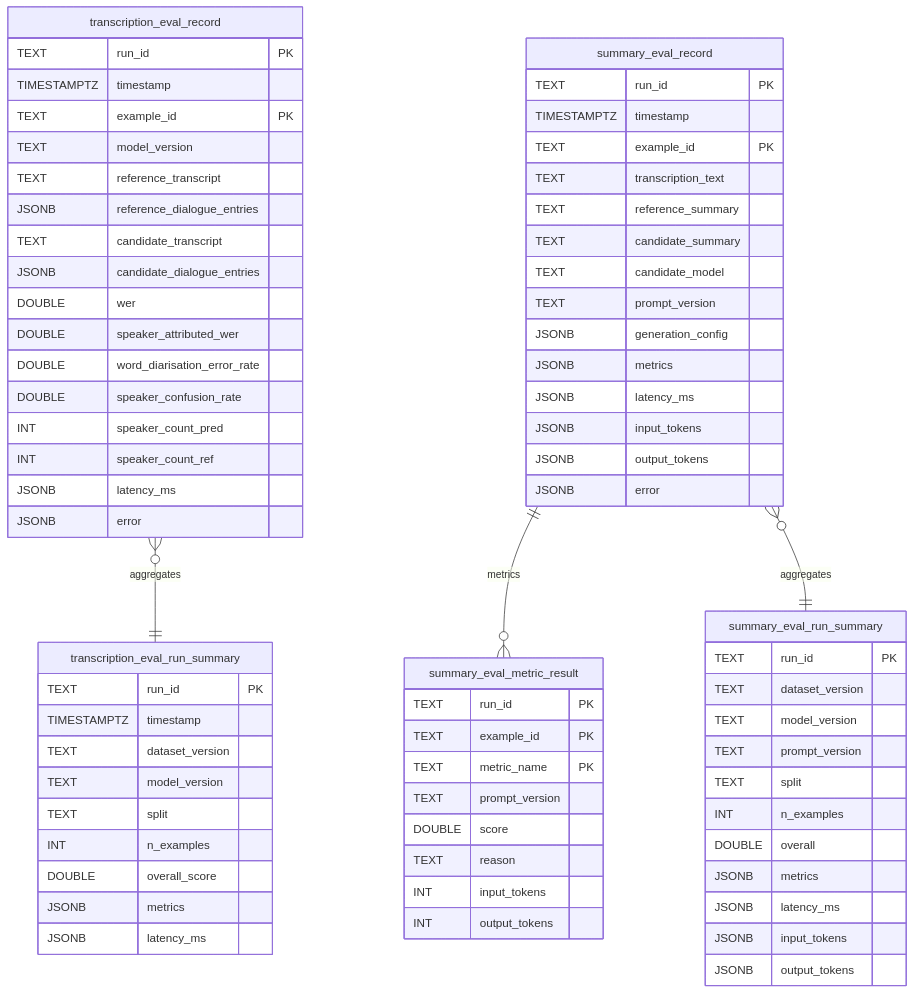
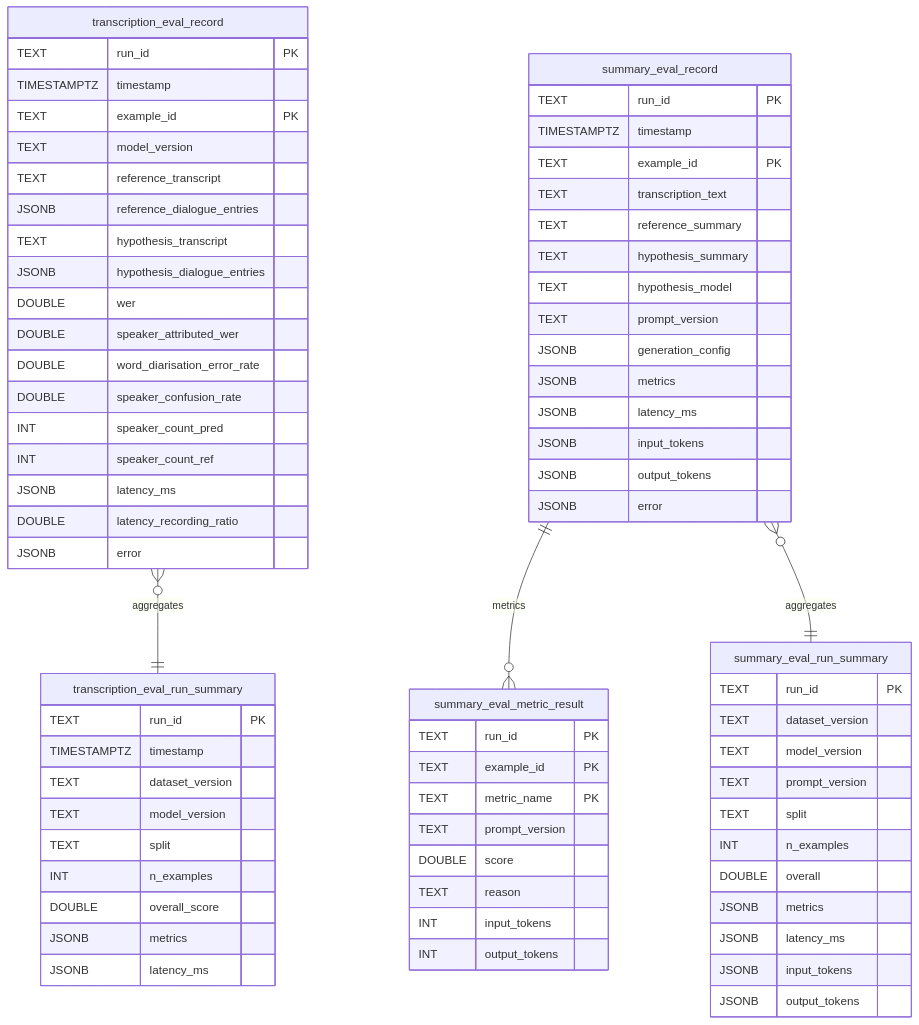
The second of 2 diagrams in documentation/data-contracts.md (communitiesuk/i-ai-minute), drawn with Mermaid before and after one commit. The commit also changed other lines of this file, not shown here.

Commit message:
docs: update data contracts with recording conversion relationship and standardized terminology

````diff
--- a/documentation/data-contracts.md
+++ b/documentation/data-contracts.md
@@ -121,81 +123,82 @@
 ```mermaid
 erDiagram
 
   transcription_eval_record {
     TEXT run_id PK
     TIMESTAMPTZ timestamp
     TEXT example_id PK
     TEXT model_version
     TEXT reference_transcript
     JSONB reference_dialogue_entries
-    TEXT candidate_transcript
-    JSONB candidate_dialogue_entries
+    TEXT hypothesis_transcript
+    JSONB hypothesis_dialogue_entries
     DOUBLE wer
     DOUBLE speaker_attributed_wer
     DOUBLE word_diarisation_error_rate
     DOUBLE speaker_confusion_rate
     INT speaker_count_pred
     INT speaker_count_ref
     JSONB latency_ms
+    DOUBLE latency_recording_ratio
     JSONB error
   }
 
   transcription_eval_run_summary {
     TEXT run_id PK
     TIMESTAMPTZ timestamp
     TEXT dataset_version
     TEXT model_version
     TEXT split
     INT n_examples
     DOUBLE overall_score
     JSONB metrics
     JSONB latency_ms
   }
 
   summary_eval_record {
     TEXT run_id PK
     TIMESTAMPTZ timestamp
     TEXT example_id PK
     TEXT transcription_text
     TEXT reference_summary
-    TEXT candidate_summary
-    TEXT candidate_model
+    TEXT hypothesis_summary
+    TEXT hypothesis_model
     TEXT prompt_version
     JSONB generation_config
     JSONB metrics
     JSONB latency_ms
     JSONB input_tokens
     JSONB output_tokens
     JSONB error
   }
 
   summary_eval_metric_result {
     TEXT run_id PK
     TEXT example_id PK
     TEXT metric_name PK
     TEXT prompt_version
     DOUBLE score
     TEXT reason
     INT input_tokens
     INT output_tokens
   }
 
   summary_eval_run_summary {
     TEXT run_id PK
     TEXT dataset_version
     TEXT model_version
     TEXT prompt_version
     TEXT split
     INT n_examples
     DOUBLE overall
     JSONB metrics
     JSONB latency_ms
     JSONB input_tokens
     JSONB output_tokens
   }
 
   transcription_eval_record }o--|| transcription_eval_run_summary : aggregates
 
   summary_eval_record ||--o{ summary_eval_metric_result : metrics
   summary_eval_record }o--|| summary_eval_run_summary : aggregates
 ```
````
